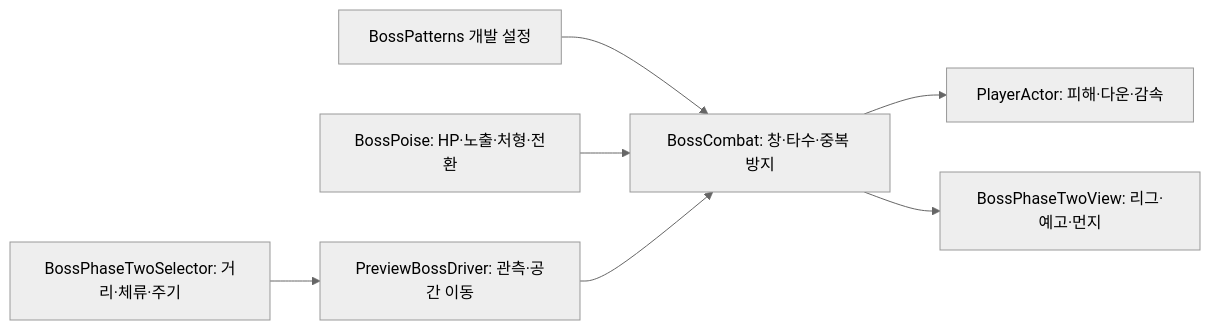
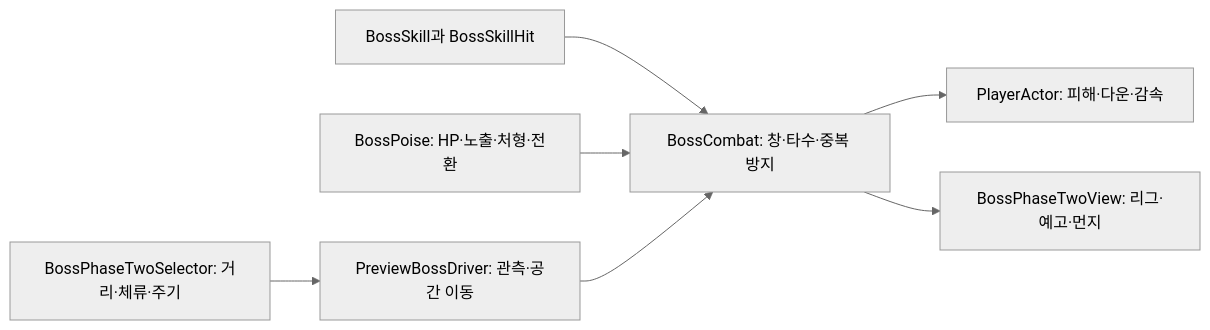
Before and after one commit to lkhwcf-arch/Human_Ghost-: the diagram in Docs/개발자용 설계문서/보스 2페이즈 전투와 피격 반응 연결.md, drawn with Mermaid (neutral theme). The commit also changed other lines of this file and 30 other files, not shown here.

````diff
--- a/Docs/개발자용 설계문서/보스 2페이즈 전투와 피격 반응 연결.md
+++ b/Docs/개발자용 설계문서/보스 2페이즈 전투와 피격 반응 연결.md
@@ -7,9 +11,9 @@
 ```mermaid
 flowchart LR
-    A[BossPatterns 개발 설정] --> B[BossCombat: 창·타수·중복 방지]
+    A[BossSkill과 BossSkillHit] --> B[BossCombat: 창·타수·중복 방지]
     C[BossPoise: HP·노출·처형·전환] --> B
     D[BossPhaseTwoSelector: 거리·체류·주기] --> E[PreviewBossDriver: 관측·공간 이동]
     E --> B
     B --> F[PlayerActor: 피해·다운·감속]
     B --> G[BossPhaseTwoView: 리그·예고·먼지]
 ```
````
